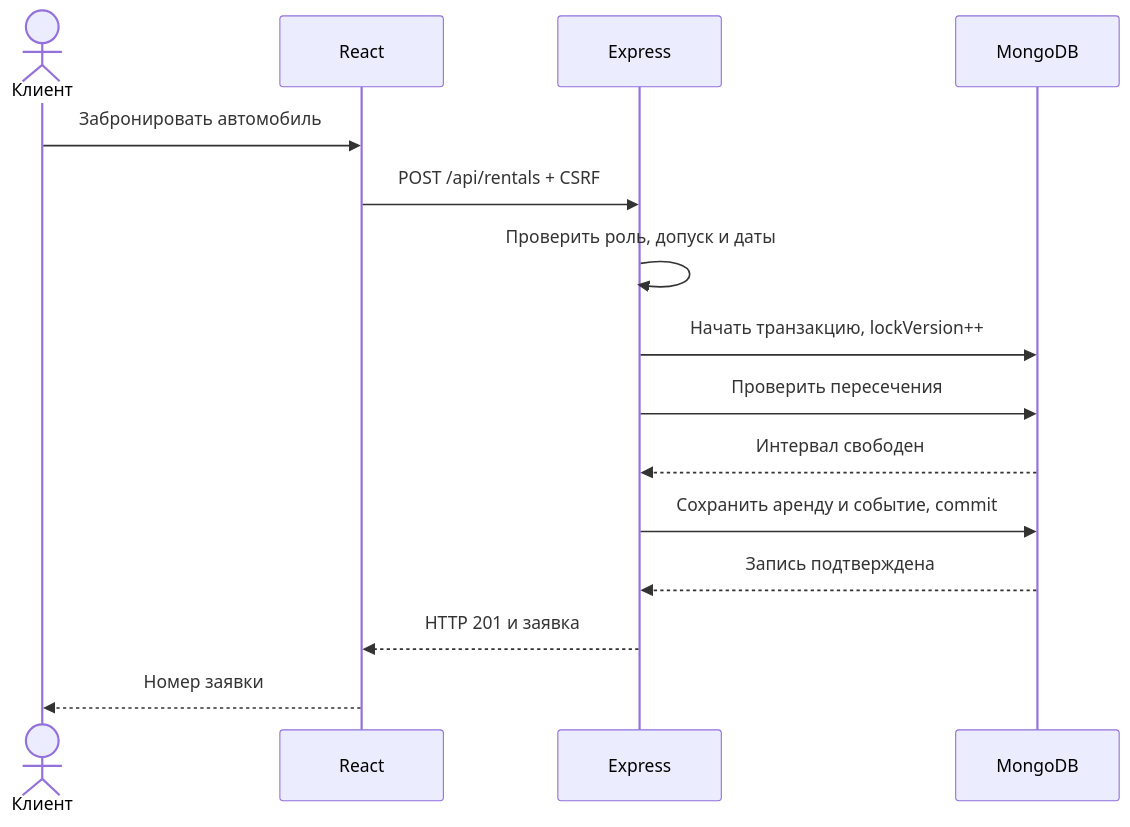
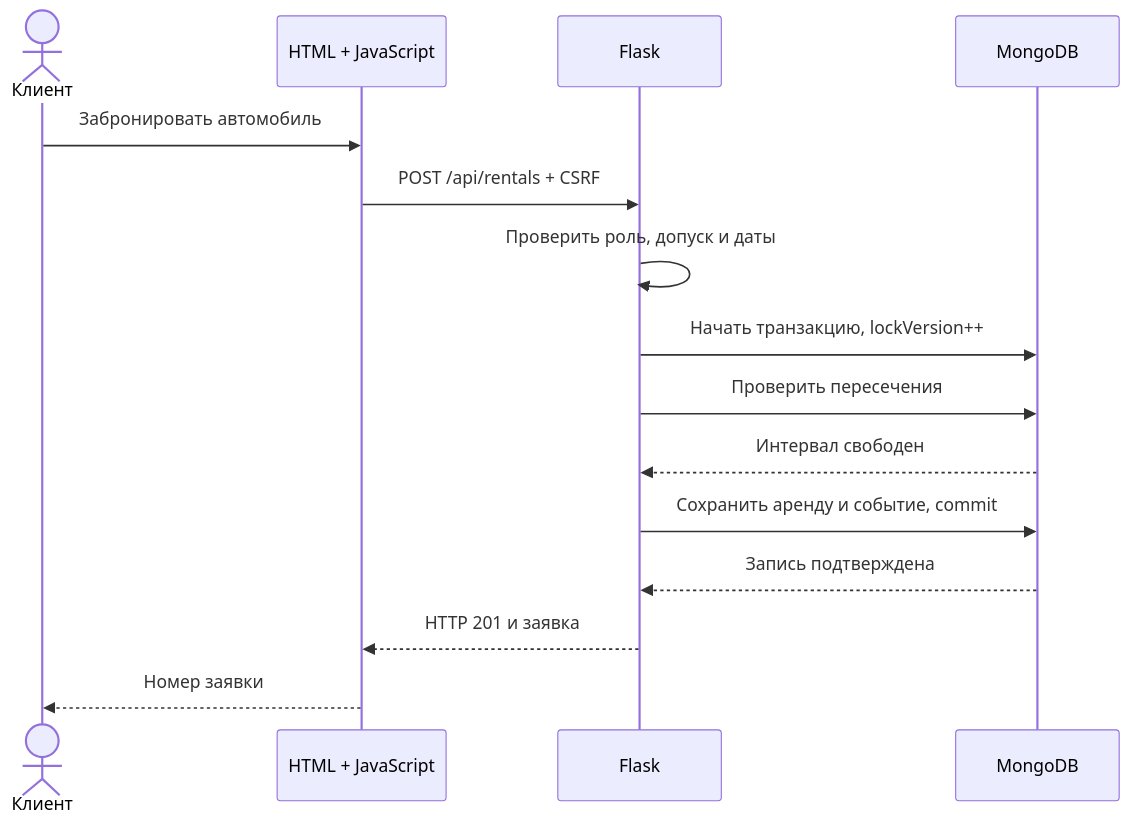
The diagram in docs/mermaid/sequence.mmd (alexander2007B/cursovaya), drawn with Mermaid before and after one commit. The commit also changed 368 other files, not shown here.

Commit message:
Replace Node and React stack with build-free Python Flask application

```diff
--- a/docs/mermaid/sequence.mmd
+++ b/docs/mermaid/sequence.mmd
@@ -1,15 +1,15 @@
 sequenceDiagram
 actor C as Клиент
-participant R as React
-participant E as Express
+participant R as HTML + JavaScript
+participant E as Flask
 participant D as MongoDB
 C->>R: Забронировать автомобиль
 R->>E: POST /api/rentals + CSRF
 E->>E: Проверить роль, допуск и даты
 E->>D: Начать транзакцию, lockVersion++
 E->>D: Проверить пересечения
 D-->>E: Интервал свободен
 E->>D: Сохранить аренду и событие, commit
 D-->>E: Запись подтверждена
 E-->>R: HTTP 201 и заявка
 R-->>C: Номер заявки
```
